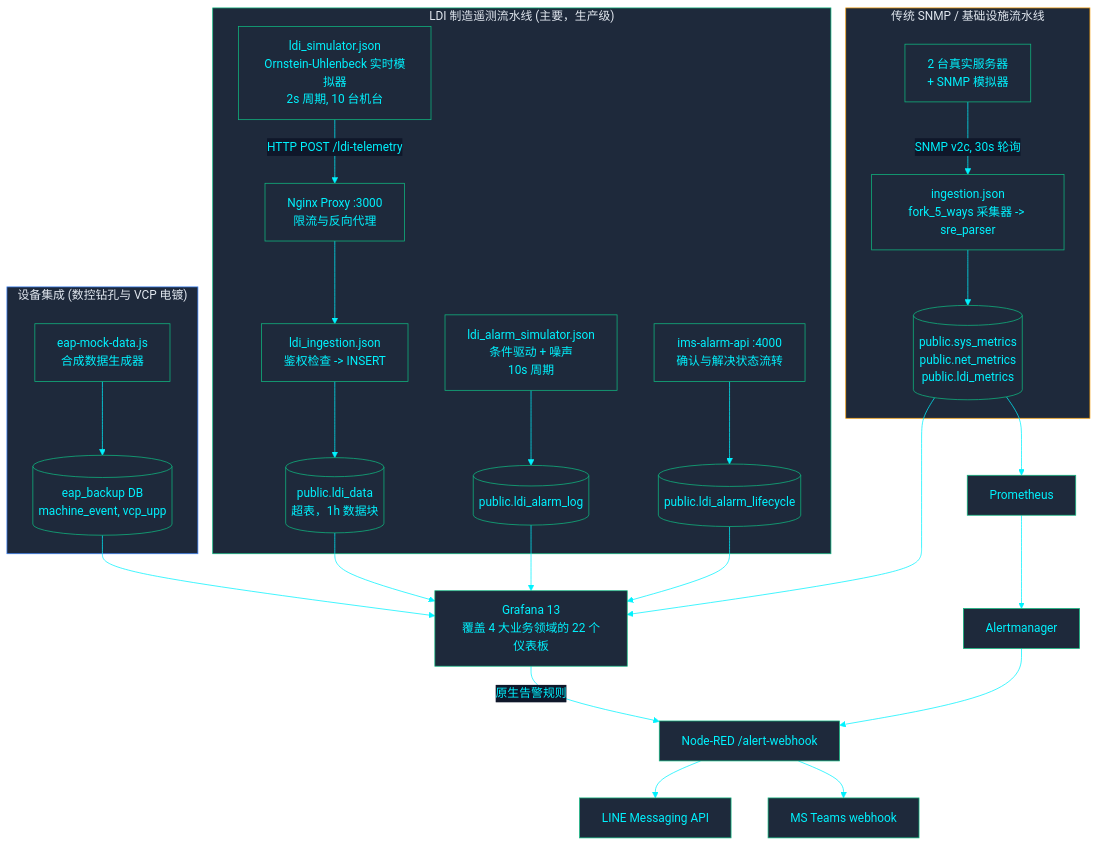
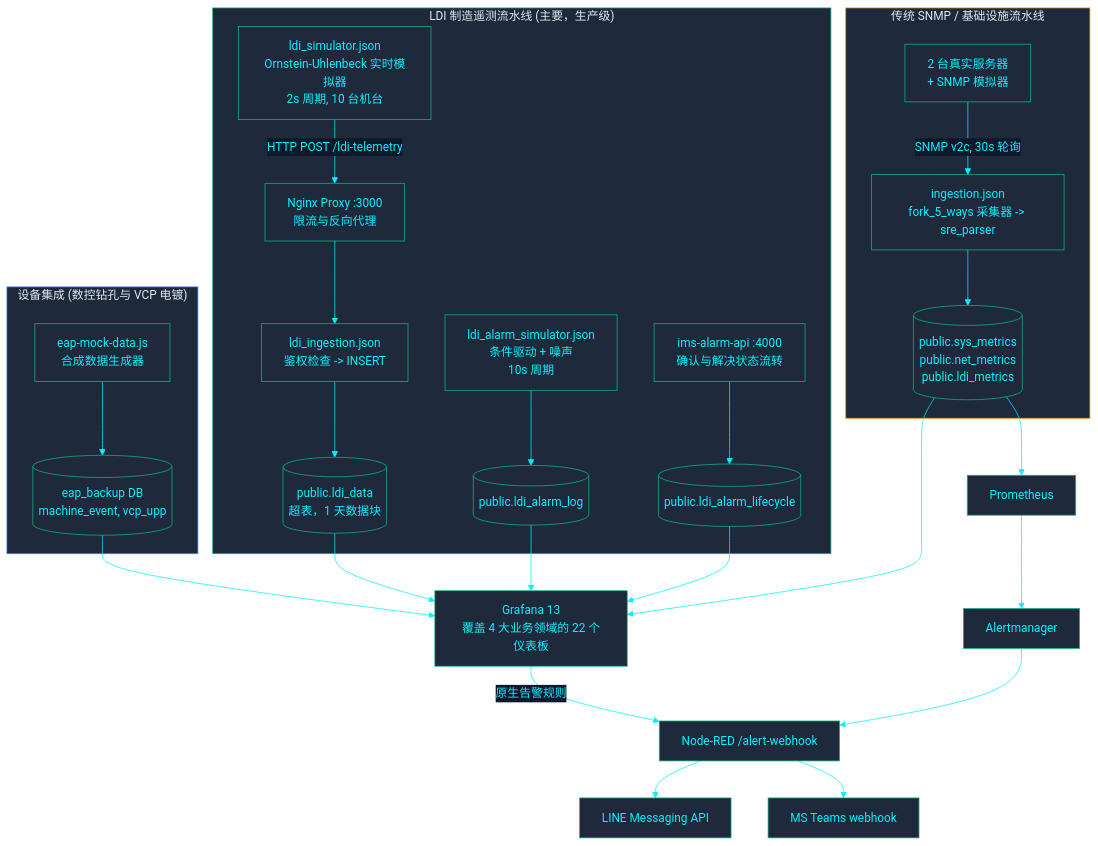
Before and after one commit to PATTANAKORN025/IMS: the diagram in zh-CN/docs/architecture/ARCHITECTURE.md, drawn with Mermaid. The commit also changed other lines of this file and 50 other files, not shown here.

First line of the commit message:
docs: align architecture facts, topologies, and tri-language mirrors

````diff
--- a/zh-CN/docs/architecture/ARCHITECTURE.md
+++ b/zh-CN/docs/architecture/ARCHITECTURE.md
@@ -28,35 +28,35 @@
 ```mermaid
 %%{init: {'theme': 'base', 'themeVariables': { 'primaryColor': '#1e293b', 'primaryTextColor': '#00F2FE', 'primaryBorderColor': '#10B981', 'lineColor': '#00F2FE', 'secondaryColor': '#0f172a', 'tertiaryColor': '#0f172a', 'clusterBkg': '#030407', 'clusterBorder': '#00F2FE'}}}%%
 flowchart TB
  subgraph LDI ["LDI 制造遥测流水线 (主要，生产级)"]
   SIM["ldi_simulator.json\nOrnstein-Uhlenbeck 实时模拟器\n2s 周期, 10 台机台"] -->|"HTTP POST /ldi-telemetry"| PROXY["Nginx Proxy :3000\n限流与反向代理"]
   PROXY --> ING["ldi_ingestion.json\n鉴权检查 -> INSERT"]
-  ING --> LDIDATA[("public.ldi_data\n超表，1h 数据块")]
+  ING --> LDIDATA[("public.ldi_data\n超表，1 天数据块")]
   ALMSIM["ldi_alarm_simulator.json\n条件驱动 + 噪声\n10s 周期"] --> ALARMLOG[("public.ldi_alarm_log")]
   ALARMAPI["ims-alarm-api :4000\n确认与解决状态流转"] --> ALARMLC[("public.ldi_alarm_lifecycle")]
  end
 
  subgraph LEGACY ["传统 SNMP / 基础设施流水线"]
   DEV["2 台真实服务器\n+ SNMP 模拟器"] -->|"SNMP v2c, 30s 轮询"| NR["ingestion.json\nfork_5_ways 采集器 -> sre_parser"]
   NR --> SYSMETRICS[("public.sys_metrics\npublic.net_metrics\npublic.ldi_metrics")]
  end
 
  subgraph EAP ["设备集成 (数控钻孔与 VCP 电镀)"]
   MOCK["eap-mock-data.js\n合成数据生成器"] --> EAPDB[("eap_backup DB\nmachine_event, vcp_upp")]
  end
 
  LDIDATA --> GRAFANA["Grafana 13\n覆盖 4 大业务领域的 22 个仪表板"]
  ALARMLOG --> GRAFANA
  ALARMLC --> GRAFANA
  SYSMETRICS --> GRAFANA
  EAPDB --> GRAFANA
  SYSMETRICS --> PROM["Prometheus"]
  GRAFANA -->|"原生告警规则"| NRWEBHOOK["Node-RED /alert-webhook"]
  PROM --> AM["Alertmanager"] --> NRWEBHOOK
  NRWEBHOOK --> LINE["LINE Messaging API"]
  NRWEBHOOK --> TEAMS["MS Teams webhook"]
 
  style LDI fill:#1e293b,stroke:#10B981,color:#e2e8f0
  style LEGACY fill:#1e293b,stroke:#F59E0B,color:#e2e8f0
  style EAP fill:#1e293b,stroke:#3B82F6,color:#e2e8f0
 ```
````
